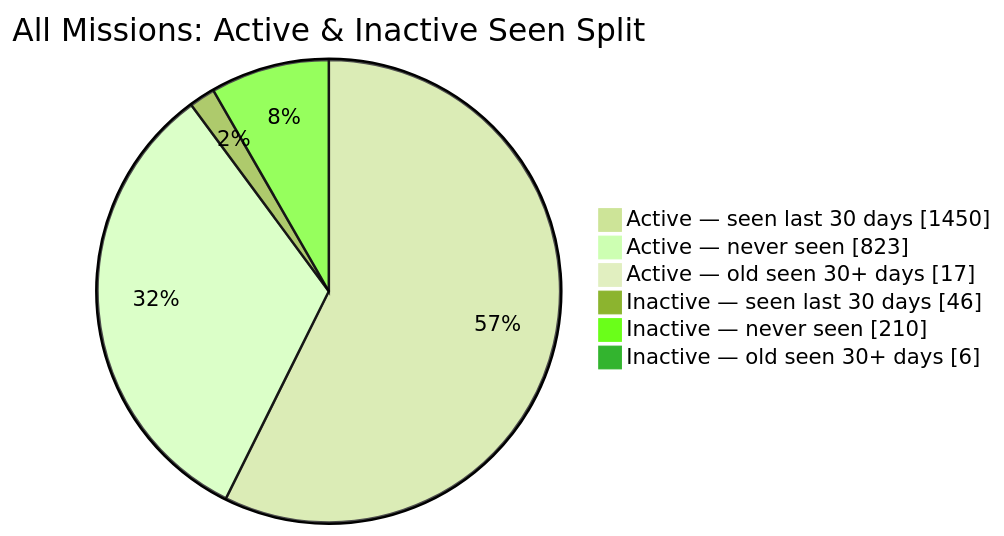
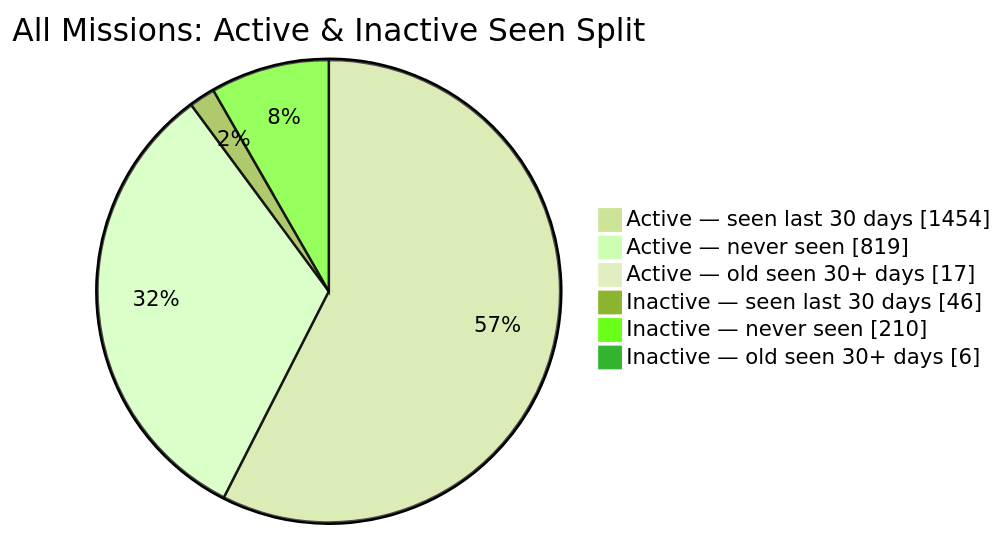
Before and after one commit to MeldkamerspelGameTeam/active-missions: the second of 2 diagrams in README.md, drawn with Mermaid (forest theme). The commit also changed other lines of this file and 2 other files, not shown here.

````diff
--- a/README.md
+++ b/README.md
@@ -44,10 +44,10 @@
 ```mermaid
 pie showData
     title All Missions: Active & Inactive Seen Split
-    "Active — seen last 30 days" : 1450
-    "Active — never seen" : 823
+    "Active — seen last 30 days" : 1454
+    "Active — never seen" : 819
     "Active — old seen 30+ days" : 17
     "Inactive — seen last 30 days" : 46
     "Inactive — never seen" : 210
     "Inactive — old seen 30+ days" : 6
 ```
````
